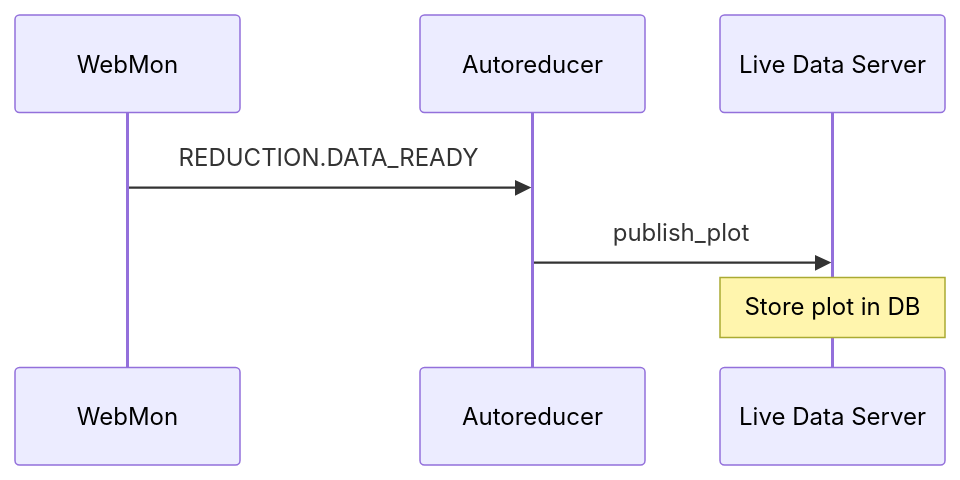
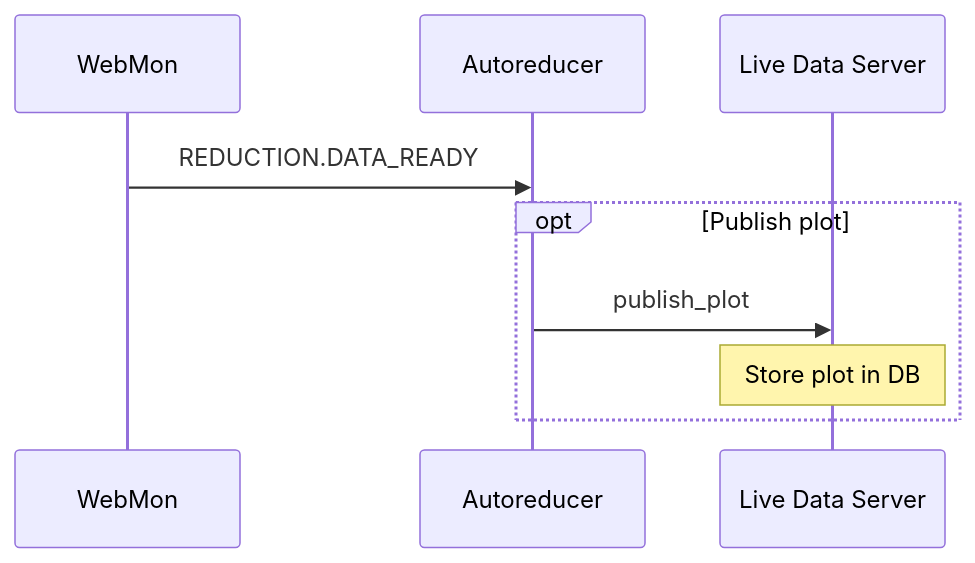
The eighth of 9 diagrams in docs/developer/design/communication_flows.rst (neutrons/data_workflow), drawn with Mermaid before and after one commit. The commit also changed other lines of this file and 1 other file, not shown here.

Commit message:
add high-level architecture diagram

```diff
--- a/docs/developer/design/communication_flows.rst
+++ b/docs/developer/design/communication_flows.rst
@@ -159,10 +185,12 @@
 .. mermaid::
 
     sequenceDiagram
         participant WebMon
         participant Autoreducer
         participant Live Data Server
 
         WebMon->>Autoreducer: REDUCTION.DATA_READY
-        Autoreducer->>Live Data Server: publish_plot
-        Note over Live Data Server: Store plot in DB
+        opt Publish plot
+            Autoreducer->>Live Data Server: publish_plot
+            Note over Live Data Server: Store plot in DB
+        end
```
